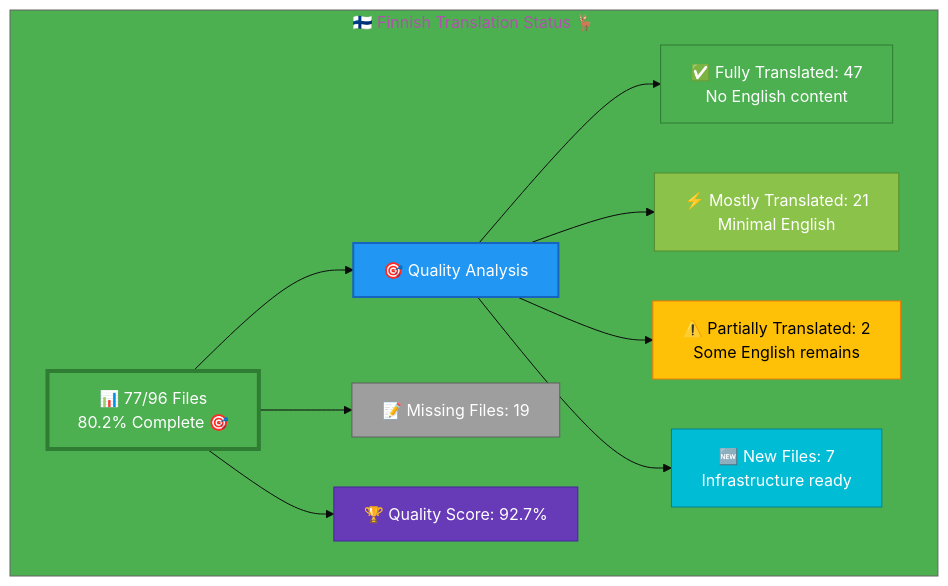
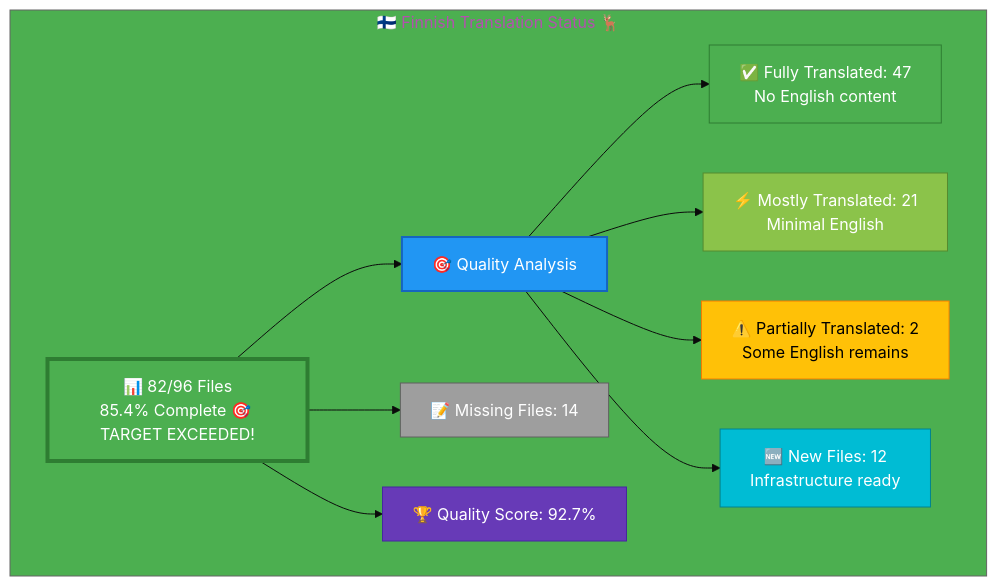
Before and after one commit to Hack23/homepage: the diagram in Finnish-Translation-Status.md, drawn with Mermaid. The commit also changed other lines of this file, not shown here.

Commit message:
docs(i18n): Update Finnish translation status - 85.4% TARGET EXCEEDED

````diff
--- a/Finnish-Translation-Status.md
+++ b/Finnish-Translation-Status.md
@@ -12,26 +12,26 @@
 ```mermaid
-%%{init: {'theme':'base', 'themeVariables': {'primaryColor':'#F57C00','secondaryColor':'#2196F3','tertiaryColor':'#4CAF50','fontSize':'16px'}}}%%
+%%{init: {'theme':'base', 'themeVariables': {'primaryColor':'#4CAF50','secondaryColor':'#2196F3','tertiaryColor':'#4CAF50','fontSize':'16px'}}}%%
 graph TB
     subgraph "🇫🇮 Finnish Translation Status 🦌"
-        A["📊 77/96 Files<br/>80.2% Complete 🎯"]
+        A["📊 82/96 Files<br/>85.4% Complete 🎯 TARGET EXCEEDED!"]
         
         A --> B["🎯 Quality Analysis"]
         B --> C["✅ Fully Translated: 47<br/>No English content"]
         B --> D["⚡ Mostly Translated: 21<br/>Minimal English"]
         B --> E["⚠️  Partially Translated: 2<br/>Some English remains"]
-        B --> F["🆕 New Files: 7<br/>Infrastructure ready"]
+        B --> F["🆕 New Files: 12<br/>Infrastructure ready"]
         
-        A --> G["📝 Missing Files: 19"]
+        A --> G["📝 Missing Files: 14"]
         
         A --> H["🏆 Quality Score: 92.7%"]
         
         style A fill:#4CAF50,stroke:#2E7D32,color:#fff,stroke-width:4px
         style B fill:#2196F3,stroke:#1565C0,color:#fff,stroke-width:2px
         style C fill:#4CAF50,stroke:#2E7D32,color:#fff
         style D fill:#8BC34A,stroke:#558B2F,color:#fff
         style E fill:#FFC107,stroke:#F57C00,color:#000
         style F fill:#00BCD4,stroke:#00838F,color:#fff
         style G fill:#9E9E9E,stroke:#616161,color:#fff
         style H fill:#673AB7,stroke:#4527A0,color:#fff
     end
 ```
````
